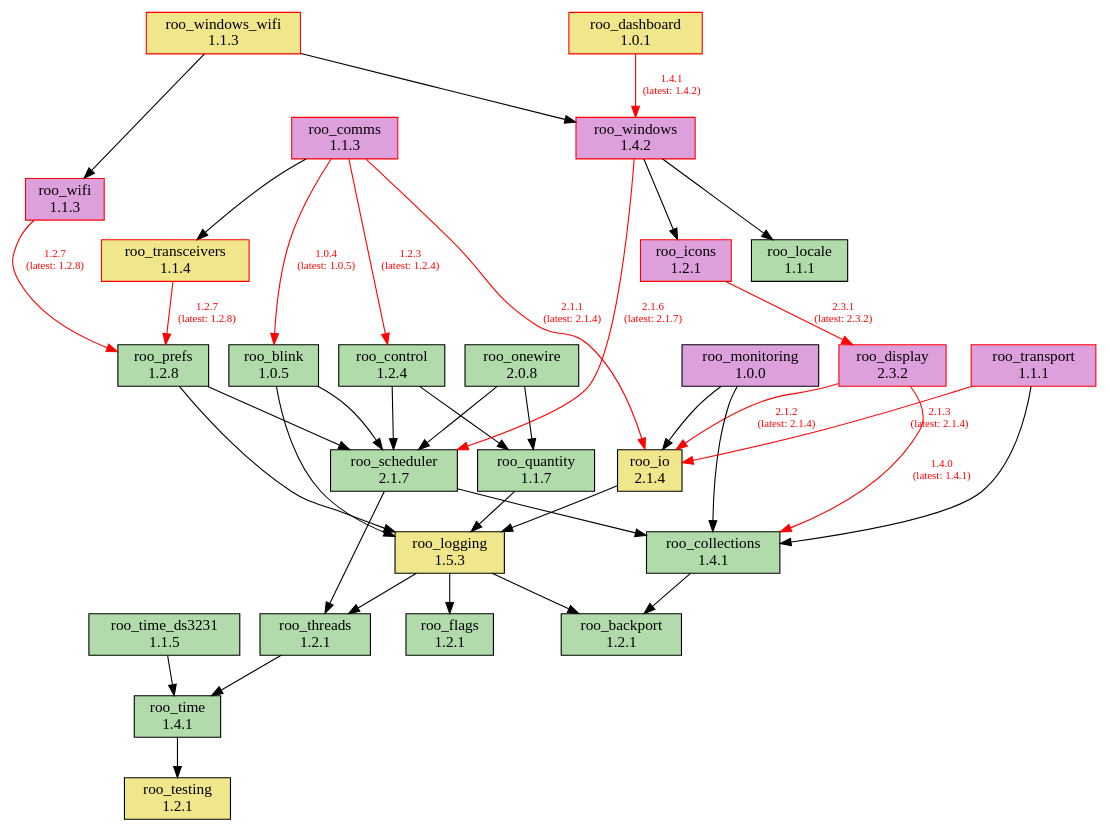
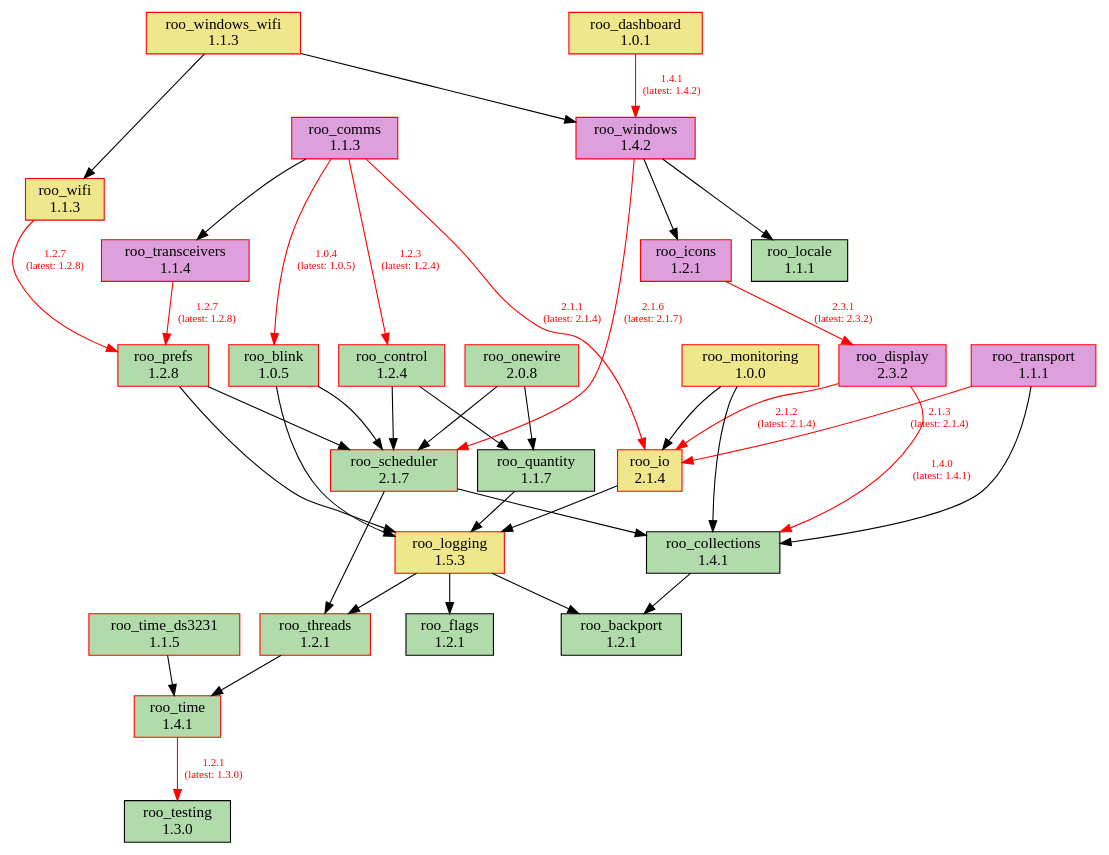
Before and after one commit to dejwk/roo-registry: the diagram in doc/dependencies.dot, drawn with Graphviz. The commit also changed 3 other files, not shown here.

Commit message:
Added roo_testing 1.3.0 to the registry.

```diff
--- a/doc/dependencies.dot
+++ b/doc/dependencies.dot
@@ -1,73 +1,73 @@
 digraph dependencies {
     rankdir=TB;
     node [shape=box, style=filled];
     edge [fontsize=10];
 
     // Modules
     "roo_backport" [label="roo_backport\n1.2.1", fillcolor="#b1dbab", color="black"];
-    "roo_blink" [label="roo_blink\n1.0.5", fillcolor="#b1dbab", color="black"];
+    "roo_blink" [label="roo_blink\n1.0.5", fillcolor="#b1dbab", color="red"];
     "roo_collections" [label="roo_collections\n1.4.1", fillcolor="#b1dbab", color="black"];
     "roo_comms" [label="roo_comms\n1.1.3", fillcolor="plum", color="red"];
-    "roo_control" [label="roo_control\n1.2.4", fillcolor="#b1dbab", color="black"];
+    "roo_control" [label="roo_control\n1.2.4", fillcolor="#b1dbab", color="red"];
     "roo_dashboard" [label="roo_dashboard\n1.0.1", fillcolor="khaki", color="red"];
     "roo_display" [label="roo_display\n2.3.2", fillcolor="plum", color="red"];
     "roo_flags" [label="roo_flags\n1.2.1", fillcolor="#b1dbab", color="black"];
     "roo_icons" [label="roo_icons\n1.2.1", fillcolor="plum", color="red"];
-    "roo_io" [label="roo_io\n2.1.4", fillcolor="khaki", color="black"];
+    "roo_io" [label="roo_io\n2.1.4", fillcolor="khaki", color="red"];
     "roo_locale" [label="roo_locale\n1.1.1", fillcolor="#b1dbab", color="black"];
-    "roo_logging" [label="roo_logging\n1.5.3", fillcolor="khaki", color="black"];
-    "roo_monitoring" [label="roo_monitoring\n1.0.0", fillcolor="plum", color="black"];
-    "roo_onewire" [label="roo_onewire\n2.0.8", fillcolor="#b1dbab", color="black"];
-    "roo_prefs" [label="roo_prefs\n1.2.8", fillcolor="#b1dbab", color="black"];
+    "roo_logging" [label="roo_logging\n1.5.3", fillcolor="khaki", color="red"];
+    "roo_monitoring" [label="roo_monitoring\n1.0.0", fillcolor="khaki", color="red"];
+    "roo_onewire" [label="roo_onewire\n2.0.8", fillcolor="#b1dbab", color="red"];
+    "roo_prefs" [label="roo_prefs\n1.2.8", fillcolor="#b1dbab", color="red"];
     "roo_quantity" [label="roo_quantity\n1.1.7", fillcolor="#b1dbab", color="black"];
-    "roo_scheduler" [label="roo_scheduler\n2.1.7", fillcolor="#b1dbab", color="black"];
-    "roo_testing" [label="roo_testing\n1.2.1", fillcolor="khaki", color="black"];
-    "roo_threads" [label="roo_threads\n1.2.1", fillcolor="#b1dbab", color="black"];
-    "roo_time" [label="roo_time\n1.4.1", fillcolor="#b1dbab", color="black"];
-    "roo_time_ds3231" [label="roo_time_ds3231\n1.1.5", fillcolor="#b1dbab", color="black"];
-    "roo_transceivers" [label="roo_transceivers\n1.1.4", fillcolor="khaki", color="red"];
+    "roo_scheduler" [label="roo_scheduler\n2.1.7", fillcolor="#b1dbab", color="red"];
+    "roo_testing" [label="roo_testing\n1.3.0", fillcolor="#b1dbab", color="black"];
+    "roo_threads" [label="roo_threads\n1.2.1", fillcolor="#b1dbab", color="red"];
+    "roo_time" [label="roo_time\n1.4.1", fillcolor="#b1dbab", color="red"];
+    "roo_time_ds3231" [label="roo_time_ds3231\n1.1.5", fillcolor="#b1dbab", color="red"];
+    "roo_transceivers" [label="roo_transceivers\n1.1.4", fillcolor="plum", color="red"];
     "roo_transport" [label="roo_transport\n1.1.1", fillcolor="plum", color="red"];
-    "roo_wifi" [label="roo_wifi\n1.1.3", fillcolor="plum", color="red"];
+    "roo_wifi" [label="roo_wifi\n1.1.3", fillcolor="khaki", color="red"];
     "roo_windows" [label="roo_windows\n1.4.2", fillcolor="plum", color="red"];
     "roo_windows_wifi" [label="roo_windows_wifi\n1.1.3", fillcolor="khaki", color="red"];
 
     // Dependencies
     "roo_blink" -> "roo_logging";
     "roo_blink" -> "roo_scheduler";
     "roo_collections" -> "roo_backport";
     "roo_comms" -> "roo_blink" [color=red, fontcolor=red, label="1.0.4\n(latest: 1.0.5)"];
     "roo_comms" -> "roo_control" [color=red, fontcolor=red, label="1.2.3\n(latest: 1.2.4)"];
     "roo_comms" -> "roo_io" [color=red, fontcolor=red, label="2.1.1\n(latest: 2.1.4)"];
     "roo_comms" -> "roo_transceivers";
     "roo_control" -> "roo_quantity";
     "roo_control" -> "roo_scheduler";
     "roo_dashboard" -> "roo_windows" [color=red, fontcolor=red, label="1.4.1\n(latest: 1.4.2)"];
     "roo_display" -> "roo_collections" [color=red, fontcolor=red, label="1.4.0\n(latest: 1.4.1)"];
     "roo_display" -> "roo_io" [color=red, fontcolor=red, label="2.1.2\n(latest: 2.1.4)"];
     "roo_icons" -> "roo_display" [color=red, fontcolor=red, label="2.3.1\n(latest: 2.3.2)"];
     "roo_io" -> "roo_logging";
     "roo_logging" -> "roo_backport";
     "roo_logging" -> "roo_flags";
     "roo_logging" -> "roo_threads";
     "roo_monitoring" -> "roo_collections";
     "roo_monitoring" -> "roo_io";
     "roo_onewire" -> "roo_scheduler";
     "roo_onewire" -> "roo_quantity";
     "roo_prefs" -> "roo_logging";
     "roo_prefs" -> "roo_scheduler";
     "roo_quantity" -> "roo_logging";
     "roo_scheduler" -> "roo_collections";
     "roo_scheduler" -> "roo_threads";
     "roo_threads" -> "roo_time";
-    "roo_time" -> "roo_testing";
+    "roo_time" -> "roo_testing" [color=red, fontcolor=red, label="1.2.1\n(latest: 1.3.0)"];
     "roo_time_ds3231" -> "roo_time";
     "roo_transceivers" -> "roo_prefs" [color=red, fontcolor=red, label="1.2.7\n(latest: 1.2.8)"];
     "roo_transport" -> "roo_collections";
     "roo_transport" -> "roo_io" [color=red, fontcolor=red, label="2.1.3\n(latest: 2.1.4)"];
     "roo_wifi" -> "roo_prefs" [color=red, fontcolor=red, label="1.2.7\n(latest: 1.2.8)"];
     "roo_windows" -> "roo_locale";
     "roo_windows" -> "roo_icons";
     "roo_windows" -> "roo_scheduler" [color=red, fontcolor=red, label="2.1.6\n(latest: 2.1.7)"];
     "roo_windows_wifi" -> "roo_wifi";
     "roo_windows_wifi" -> "roo_windows";
 }
```
